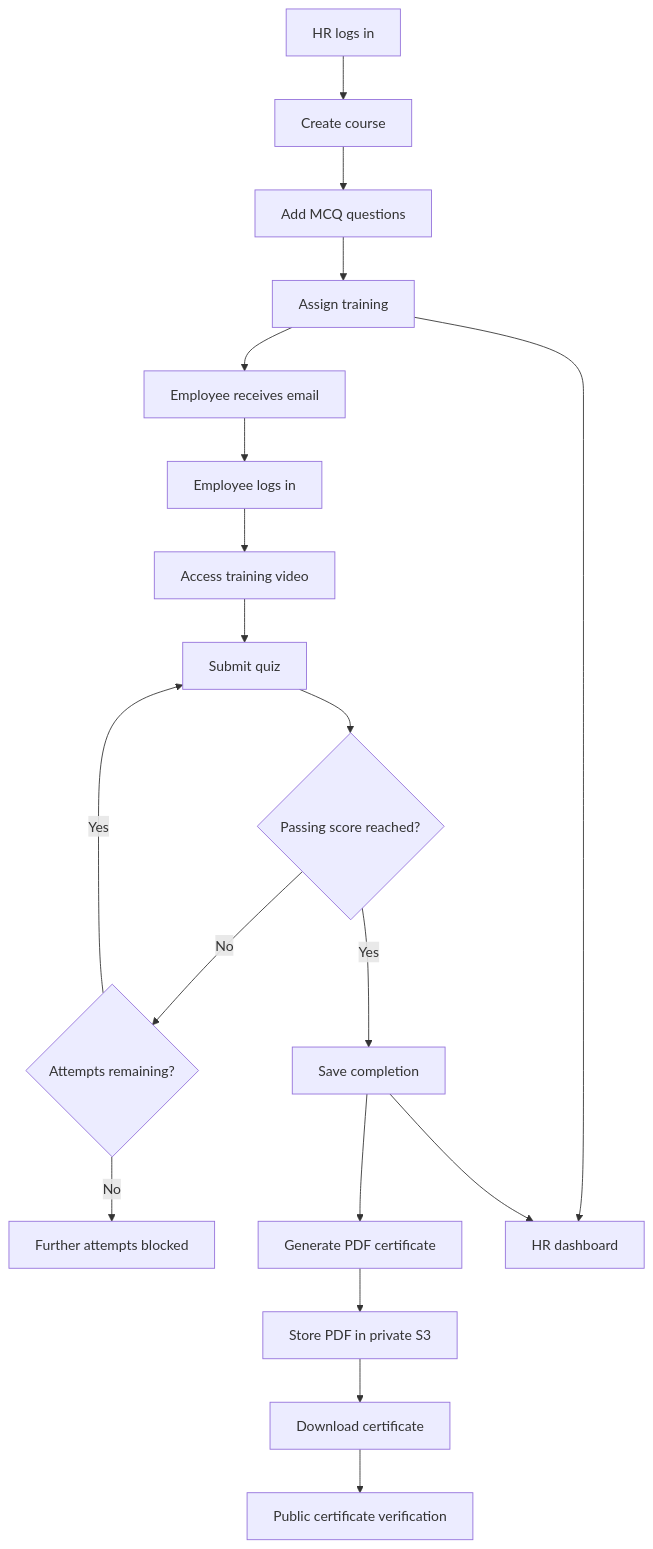
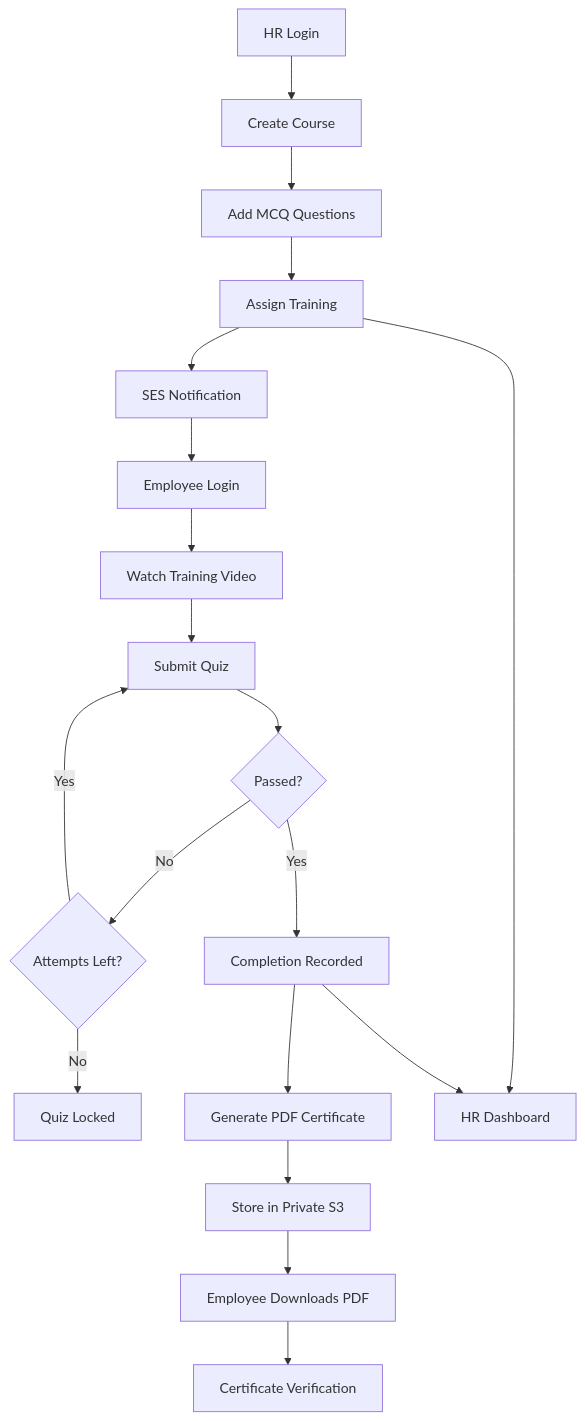
One commit to SubhashiniRajamani/employee-learning-skill-tracker changed the second of 3 diagrams in README.md. Above: the diagram before and after it, drawn with Mermaid. The commit also changed other lines of this file, not shown here.

Commit message:
Document public AWS Amplify hosting in SkillTrack README

````diff
--- a/README.md
+++ b/README.md
@@ -138,25 +210,25 @@
 ```mermaid
 flowchart TD
-    A["HR logs in"] --> B["Create course"]
-    B --> C["Add MCQ questions"]
-    C --> D["Assign training"]
-    D --> E["Employee receives email"]
-    E --> F["Employee logs in"]
-    F --> G["Access training video"]
-    G --> H["Submit quiz"]
+    A["HR Login"] --> B["Create Course"]
+    B --> C["Add MCQ Questions"]
+    C --> D["Assign Training"]
+    D --> E["SES Notification"]
+    E --> F["Employee Login"]
+    F --> G["Watch Training Video"]
+    G --> H["Submit Quiz"]
 
-    H --> I{"Passing score reached?"}
+    H --> I{"Passed?"}
 
-    I -->|"No"| J{"Attempts remaining?"}
+    I -->|"No"| J{"Attempts Left?"}
     J -->|"Yes"| H
-    J -->|"No"| K["Further attempts blocked"]
+    J -->|"No"| K["Quiz Locked"]
 
-    I -->|"Yes"| L["Save completion"]
-    L --> M["Generate PDF certificate"]
-    M --> N["Store PDF in private S3"]
-    N --> O["Download certificate"]
-    O --> P["Public certificate verification"]
+    I -->|"Yes"| L["Completion Recorded"]
+    L --> M["Generate PDF Certificate"]
+    M --> N["Store in Private S3"]
+    N --> O["Employee Downloads PDF"]
+    O --> P["Certificate Verification"]
 
-    D --> Q["HR dashboard"]
+    D --> Q["HR Dashboard"]
     L --> Q
 ```
````
